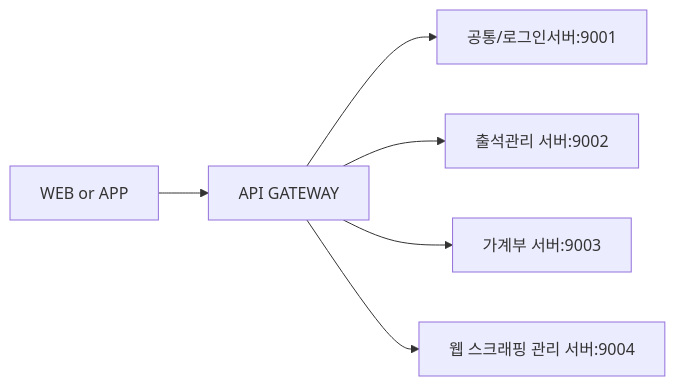
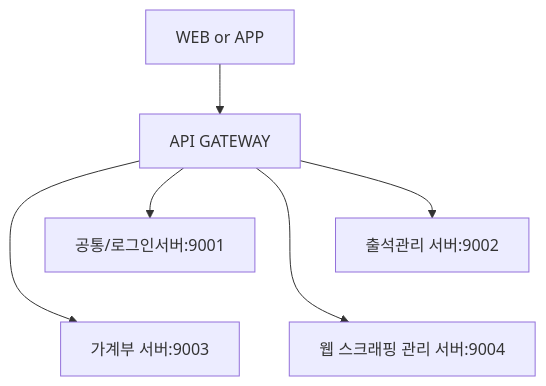
Before and after one commit to freerer2/quartz: the first of 2 diagrams in content/개인관리시스템/서버/애플리케이션 서버/시스템 구성도.md, drawn with Mermaid. The commit also changed other lines of this file and 3 other files, not shown here.

````diff
--- a/content/개인관리시스템/서버/애플리케이션 서버/시스템 구성도.md
+++ b/content/개인관리시스템/서버/애플리케이션 서버/시스템 구성도.md
@@ -2,11 +2,12 @@
 ```mermaid
-flowchart LR
+flowchart TB
 	UI[WEB or APP]
     A[API GATEWAY]
     B[공통/로그인서버:9001]
     C[출석관리 서버:9002]
     D[가계부 서버:9003]
     E[웹 스크래핑 관리 서버:9004]
     
 	UI --> A --> B & C & D & E
+	B & C ~~~ D & E
 ```
````
